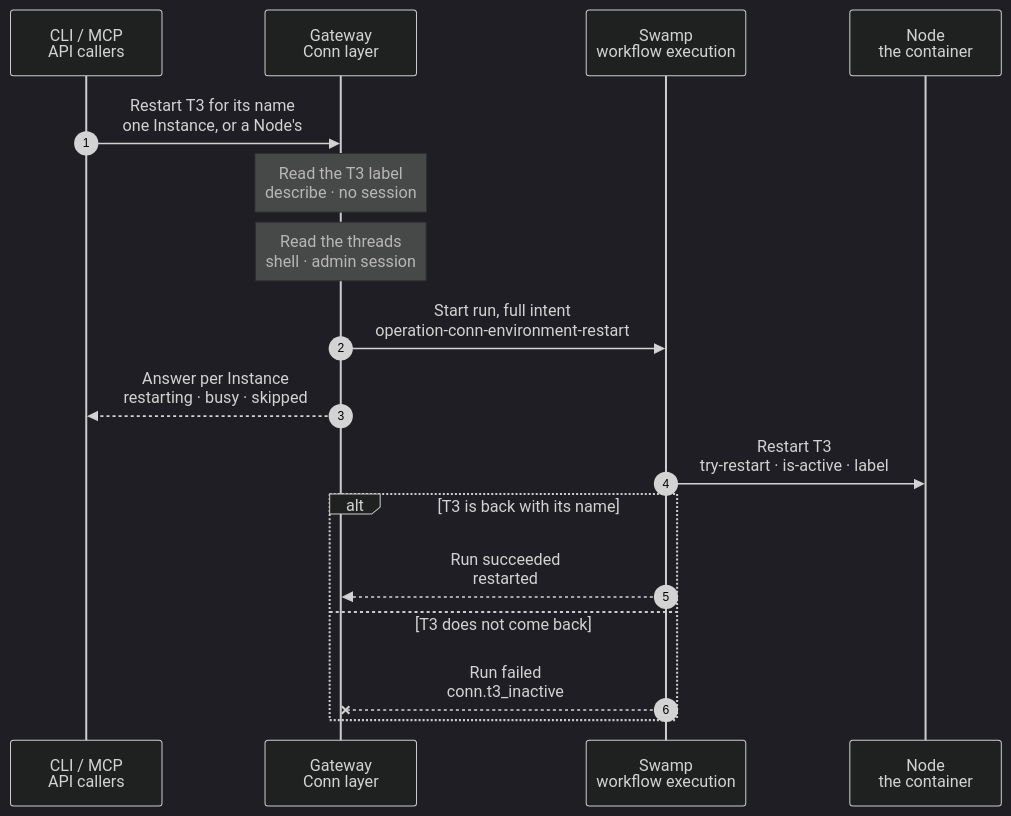
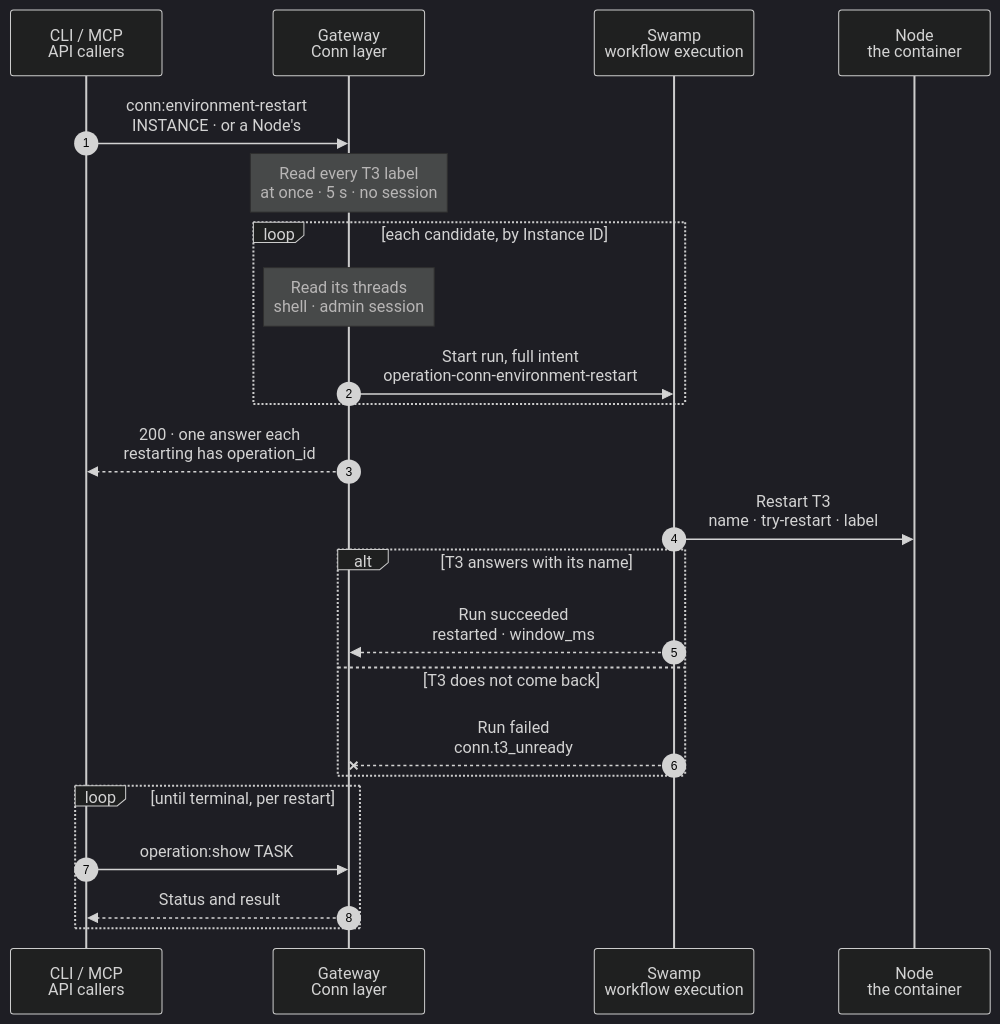
The diagram in docs/cli/conn/environment-restart.mmd (hardimpactdev/orbit), drawn with Mermaid (dark theme) before and after one commit. The commit also changed 5 other files, not shown here.

First line of the commit message:
docs(conn): the restart's window, limits, terminals and proof cases

```diff
--- a/docs/cli/conn/environment-restart.mmd
+++ b/docs/cli/conn/environment-restart.mmd
@@ -1,46 +1,58 @@
 sequenceDiagram
-  %% Container runtime (docs/reference/development-containers.md#existing-instances, docs/reference/conn.md#restart-for-the-machine-name): restart an idle container T3 server whose label is not yet the machine name. Stock T3 reads PRETTY_HOSTNAME only at its start. The Gateway reads the label and the threads, then admits one `conn.environment_restart` Operation per Instance; the Node form walks its containers and reads each one right before its own admission.
+  %% Container runtime (docs/reference/development-containers.md#existing-instances, docs/reference/conn.md#restart-for-the-machine-name): restart an idle container T3 server whose label is not yet the machine name. Stock T3 reads PRETTY_HOSTNAME only at its start. The Gateway reads every label at once, then each candidate's threads right before that Instance's own `conn.environment_restart` admission. The Node form walks its containers by Instance ID.
   %% status: draft
   %% command: orbit conn:environment-restart <instance> · orbit conn:node-environments-restart <node>
   %% kind: conn.environment_restart
   autonumber
   %% lane CLI icon=terminal pill=caller tone=gray
   %% lane GW icon=gateway pill=intent tone=blue
   %% lane SW icon=workflow pill=executes tone=green
   %% lane N icon=server pill=target tone=purple
   participant CLI as CLI / MCP<br/>API callers
   participant GW as Gateway<br/>Conn layer
   participant SW as Swamp<br/>workflow execution
   participant N as Node<br/>the container
-  CLI->>GW: Restart T3 for its name<br/>one Instance, or a Node's
-  %%> Order:
-  %%> - the Node form takes its container Instances by ID, and runs steps 2 to 4 for each before it reads the next
-  Note over GW: Read the T3 label<br/>describe · no session
+  CLI->>GW: conn:environment-restart<br/>INSTANCE · or a Node's
+  %%> Command:
+  %%> - `orbit conn:environment-restart INSTANCE`, syntax `<instance-id> [--json]`
+  %%> - `orbit conn:node-environments-restart NODE`, syntax `<node-id> [--json]`: the same steps for each container Instance of the Node
+  Note over GW: Read every T3 label<br/>at once · 5 s · no session
   %%> Answers without a run:
   %%> - `skipped`: `frozen` or `stopped` (it reads the name at its next start), `no_t3` (no Conn server row), `t3_unreadable`
   %%> - `current`: the label already equals `<instance>.<project slug>`
-  Note over GW: Read the threads<br/>shell · admin session
-  %%> Busy, answered `busy` without a run:
-  %%> - a working run (the idle sleep's rule), or any pending runtime request, blocking or not
-  %%> - an open Operation on the Instance, or an Instance that is not active
-  %%> Why here:
-  %%> - only the Gateway holds the admin session; the admission follows the read at once, the tightest window the shape allows
-  GW->>SW: Start run, full intent<br/>operation-conn-environment-restart
-  %%> Result:
-  %%> - one Operation holding the Instance's lock; the intent has no session
-  GW-->>CLI: Answer per Instance<br/>restarting · busy · skipped
-  SW->>N: Restart T3<br/>try-restart · is-active · label
+  loop each candidate, by Instance ID
+    Note over GW: Read its threads<br/>shell · admin session
+    %%> Busy, answered `busy` without a run:
+    %%> - a working run (the idle sleep's rule), or any pending runtime request, blocking or not: `t3_working`
+    %%> - another Conn Operation on the server: `conn_operation`; other work on the Instance, or an Instance that is not active: the refusal code
+    %%> Limits:
+    %%> - at most four restarts a call, later ones `skipped` `next_run`; past 120 s the rest `skipped` `deadline`
+    %%> Why the read is here:
+    %%> - one busy rule in one place; a read in the run would need the admin session as a vault copy and the rule a second time outside PHP
+    GW->>SW: Start run, full intent<br/>operation-conn-environment-restart
+    %%> Result:
+    %%> - one Operation holding the Instance's lock; the intent has no session
+  end
+  GW-->>CLI: 200 · one answer each<br/>restarting has operation_id
+  SW->>N: Restart T3<br/>name · try-restart · label
   %%> What it does:
-  %%> - stops with `skipped` when the container no longer runs
-  %%> - `systemctl try-restart t3.service` in the container; nothing else restarts, and the kernel hostname stays
-  %%> - then waits a bounded time for `systemctl is-active t3.service`, and for the label to equal the name
+  %%> - stops with `skipped` when the container no longer runs, or `name_not_written` when /etc/machine-info lacks the name
+  %%> - `systemctl try-restart t3.service`; nothing else restarts, and the kernel hostname stays
+  %%> - then reads the label inside the container on T3's port until it is the name, about 84 s at most
   %%> What a user sees:
   %%> - a turn that started after the read is cut; T3 records it as cancelled and continues it after its start
+  %%> - T3 terminals and every process started in them end; Orbit Processes do not restart
   %%> - a connected client shows Reconnecting… and reconnects; an unsent draft stays in the browser
-  alt T3 is back with its name
-    SW-->>GW: Run succeeded<br/>restarted
+  alt T3 answers with its name
+    %% path: restarted
+    SW-->>GW: Run succeeded<br/>restarted · window_ms
   else T3 does not come back
-    SW--xGW: Run failed<br/>conn.t3_inactive
+    %% path: not-back
+    SW--xGW: Run failed<br/>conn.t3_unready
     %%> Result:
-    %%> - `failed`; the Operation does not retry. Look at the container's T3 unit, then run the command again
+    %%> - `failed`, or `conn.t3_label_mismatch` when T3 answers with another label; the Operation does not retry
   end
+  loop until terminal, per restart
+    CLI->>GW: operation:show TASK
+    GW-->>CLI: Status and result
+  end
```
